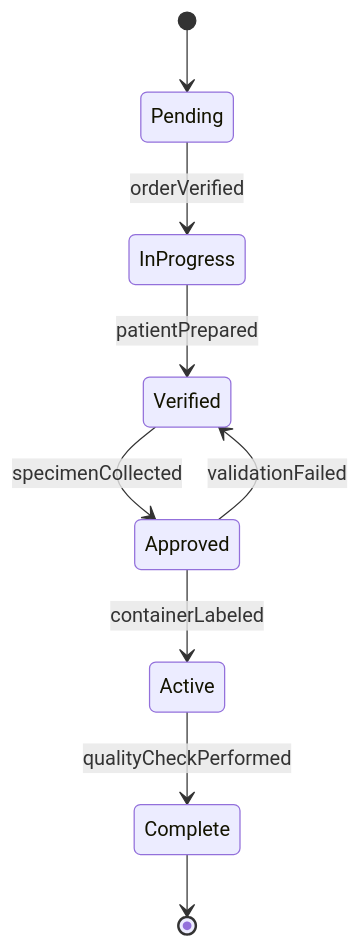
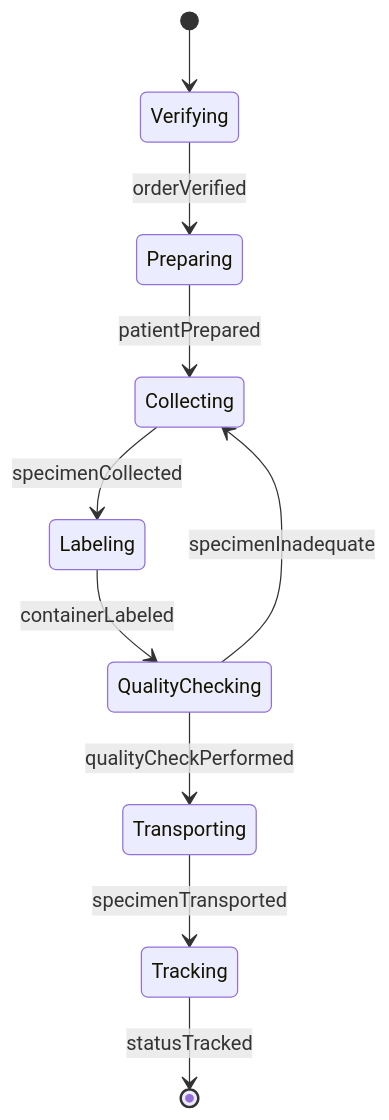
Before and after one commit to dot-org-ai/tasks.org.ai: the second of 4 diagrams in HandlingAndMovingObjects/CollectEnvironmentalOrBiologicalSamples/CollectBiologicalSpecimensPatients.mdx, drawn with Mermaid. The commit also changed other lines of this file and 515 other files, not shown here.

````diff
--- a/HandlingAndMovingObjects/CollectEnvironmentalOrBiologicalSamples/CollectBiologicalSpecimensPatients.mdx
+++ b/HandlingAndMovingObjects/CollectEnvironmentalOrBiologicalSamples/CollectBiologicalSpecimensPatients.mdx
@@ -98,11 +99,12 @@
 ```mermaid
 stateDiagram-v2
-    [*] --> Pending
-    Pending --> InProgress : orderVerified
-    InProgress --> Verified : patientPrepared
-    Verified --> Approved : specimenCollected
-    Approved --> Active : containerLabeled
-    Active --> Complete : qualityCheckPerformed
-    Approved --> Verified : validationFailed
-    Complete --> [*]
+    [*] --> Verifying
+    Verifying --> Preparing : orderVerified
+    Preparing --> Collecting : patientPrepared
+    Collecting --> Labeling : specimenCollected
+    Labeling --> QualityChecking : containerLabeled
+    QualityChecking --> Transporting : qualityCheckPerformed
+    Transporting --> Tracking : specimenTransported
+    Tracking --> [*] : statusTracked
+    QualityChecking --> Collecting : specimenInadequate
 ```
````
